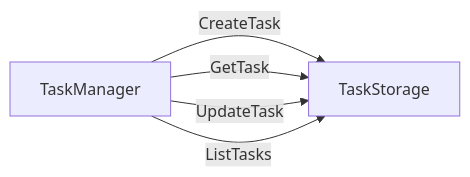
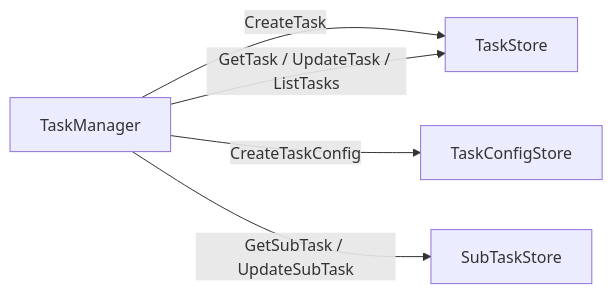
The second of 3 diagrams in docs/designs/details/scheduler/任务管理器设计.md (njuxumq/agent-eval-server), drawn with Mermaid before and after one commit. The commit also changed other lines of this file and 13 other files, not shown here.

````diff
--- a/docs/designs/details/scheduler/任务管理器设计.md
+++ b/docs/designs/details/scheduler/任务管理器设计.md
@@ -264,7 +337,7 @@
 ```mermaid
 flowchart LR
-    TM[TaskManager] -->|"CreateTask"| TS[TaskStorage]
-    TM -->|"GetTask"| TS
-    TM -->|"UpdateTask"| TS
-    TM -->|"ListTasks"| TS
+    TM[TaskManager] -->|"CreateTask"| TS[TaskStore]
+    TM -->|"CreateTaskConfig"| TCS[TaskConfigStore]
+    TM -->|"GetTask / UpdateTask / ListTasks"| TS
+    TM -->|"GetSubTask / UpdateSubTask"| STS[SubTaskStore]
 ```
````
